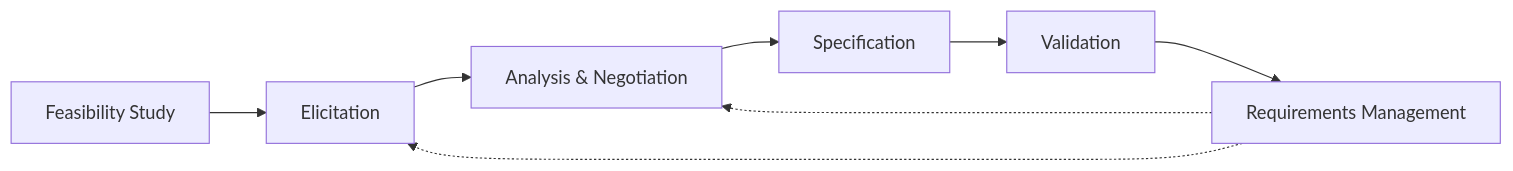
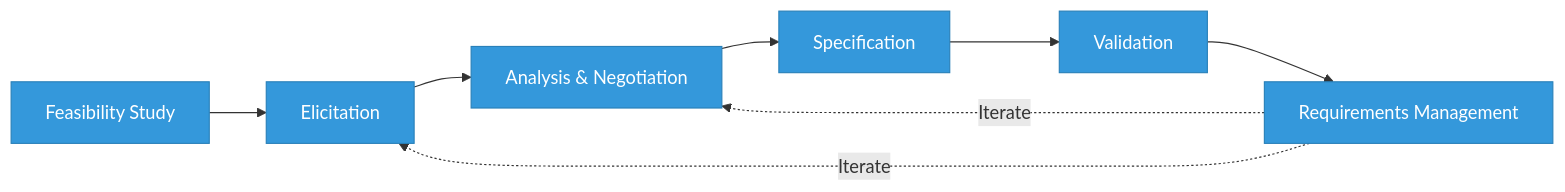
The first of 6 diagrams in docs/courses/software-engineering/02-requirements.md (Raushan666java/ai-engineering-journey), drawn with Mermaid before and after one commit. The commit also changed other lines of this file and 15 other files, not shown here.

Commit message:
deploy: software-engineering overhaul - 16 chapters expanded to avg 1284L (+7649L), richer Mermaid, more TS, deeper content

````diff
--- a/docs/courses/software-engineering/02-requirements.md
+++ b/docs/courses/software-engineering/02-requirements.md
@@ -22,10 +24,14 @@
 ```mermaid
 graph LR
     A[Feasibility Study] --> B[Elicitation]
     B --> C[Analysis & Negotiation]
     C --> D[Specification]
     D --> E[Validation]
     E --> F[Requirements Management]
-    F -.-> B
-    F -.-> C
+    F -.->|Iterate| B
+    F -.->|Iterate| C
+
+    classDef main fill:#3498db,stroke:#2980b9,color:#fff
+    classDef feedback fill:#e74c3c,stroke:#c0392b,color:#fff
+    class A,B,C,D,E,F main
 ```
````
